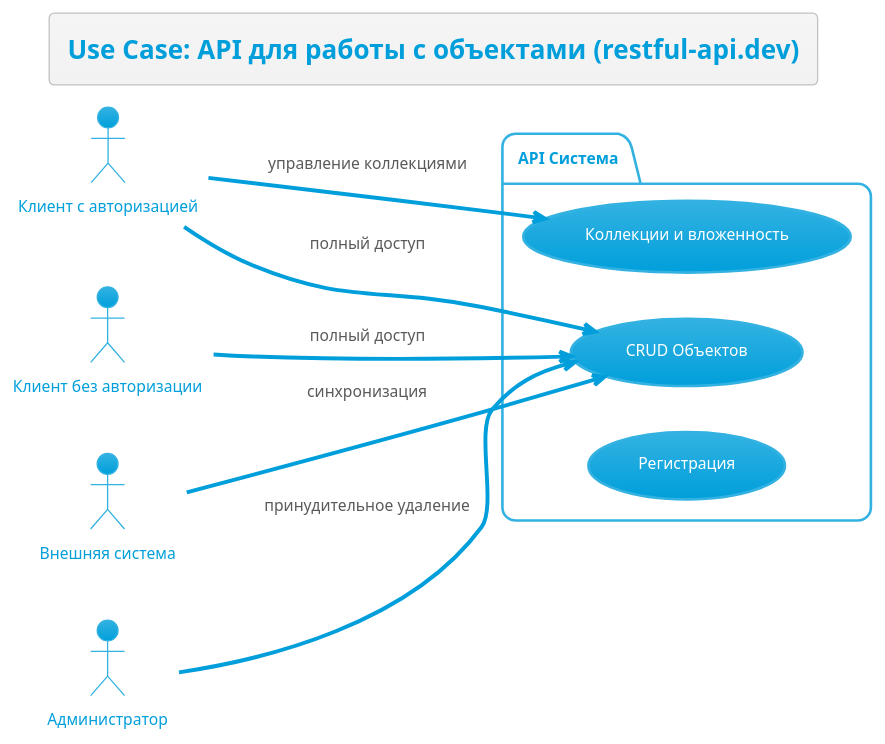
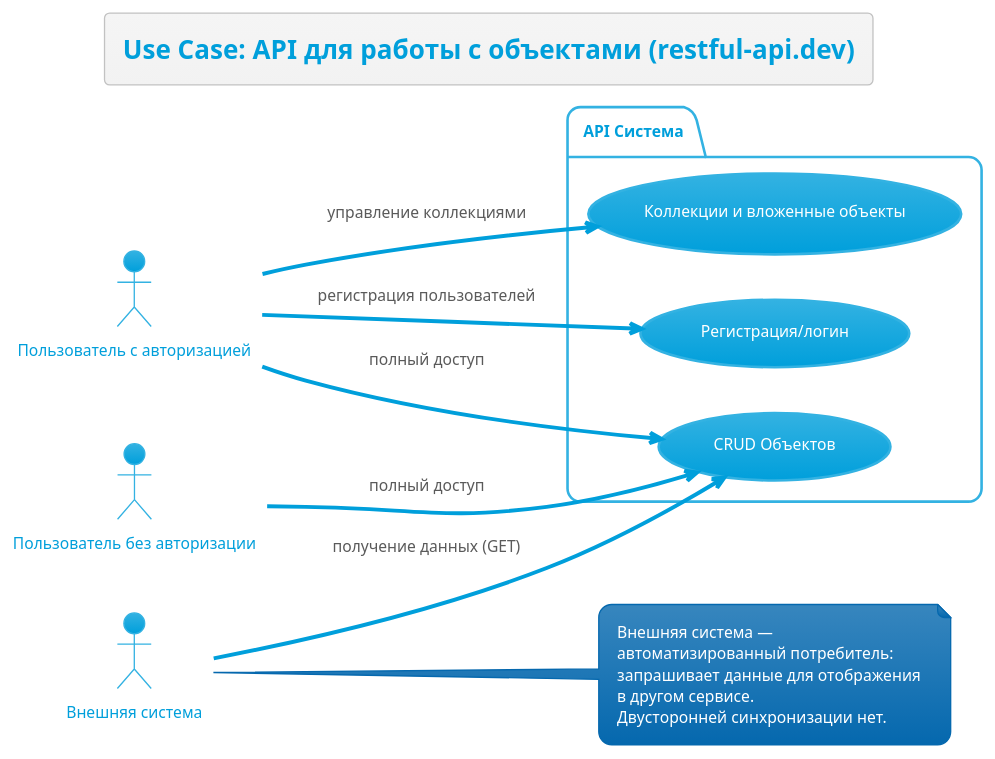
Before and after one commit to aventis1981/Techwriter_docs: the diagram in docs/diagrams/plantuml/uc-01.puml, drawn with PlantUML. The commit also changed 1 other file, not shown here.

```diff
--- a/docs/diagrams/plantuml/uc-01.puml
+++ b/docs/diagrams/plantuml/uc-01.puml
@@ -1,29 +1,33 @@
 @startuml
 !theme bluegray
 title Use Case: API для работы с объектами (restful-api.dev)
 left to right direction
 
-actor "Клиент без авторизации" as Public_client
-actor "Клиент с авторизацией" as Private_client
-actor "Администратор" as Admin
+actor "Пользователь с авторизацией" as Private_client
+actor "Пользователь без авторизации" as Public_client
 actor "Внешняя система" as External
 
 package "API Система" {
     usecase "CRUD Объектов" as UC_Objects
-    usecase "Коллекции и вложенность" as UC_Collections
-    usecase "Регистрация" as UC_UserCreate
+    usecase "Коллекции и вложенные объекты" as UC_Collections
+    usecase "Регистрация/логин" as UC_UserCreate
 }
 
 ' Публичный клиент: только CRUD объектов (по спецификации restful-api.dev)
 Public_client --> UC_Objects : полный доступ
 
 ' Авторизованный клиент: объекты + коллекции
+Private_client --> UC_UserCreate : регистрация пользователей
 Private_client --> UC_Objects : полный доступ
 Private_client --> UC_Collections : управление коллекциями
 
-' Администратор: особые права
-Admin --> UC_Objects : принудительное удаление
-
-' Внешняя система
-External --> UC_Objects : синхронизация
+' External — внешний потребитель данных (не синхронизация)
+External --> UC_Objects : получение данных (GET)
+note right of External
+  Внешняя система —
+  автоматизированный потребитель:
+  запрашивает данные для отображения
+  в другом сервисе.
+  Двусторонней синхронизации нет.
+end note
 @enduml
```
